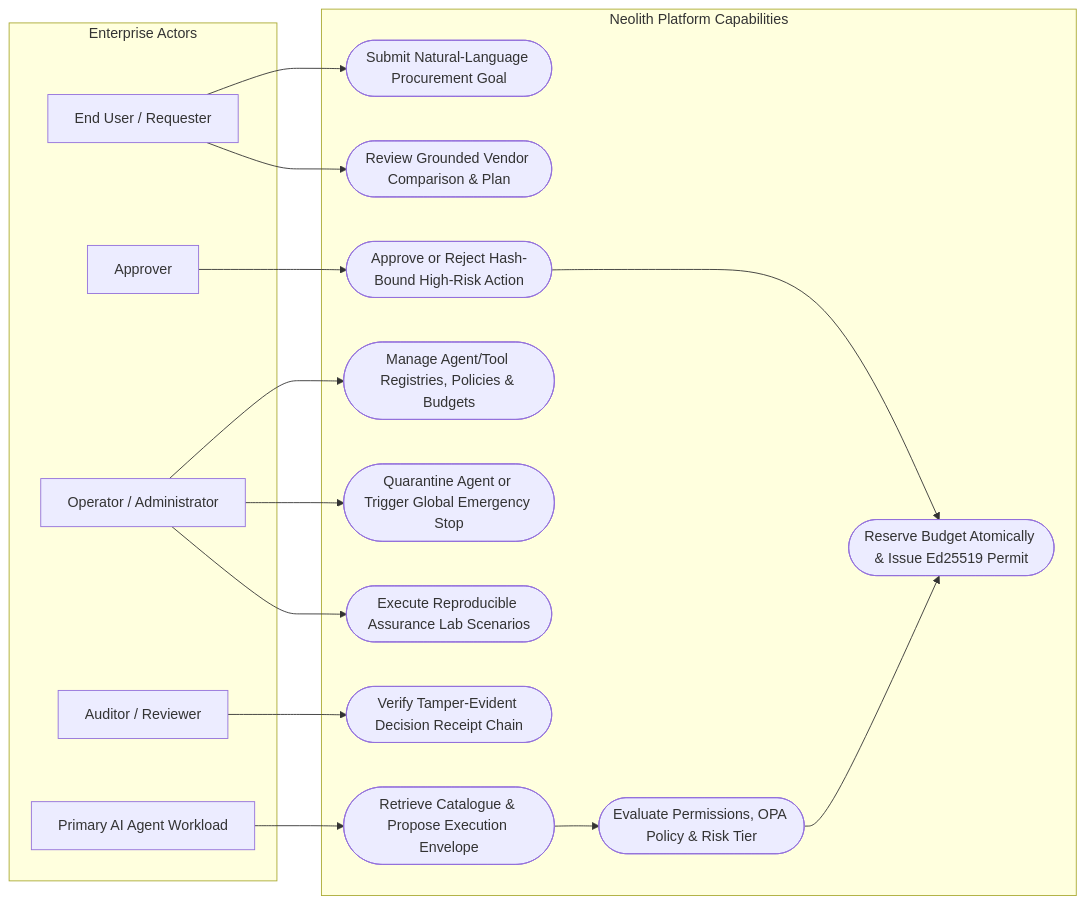
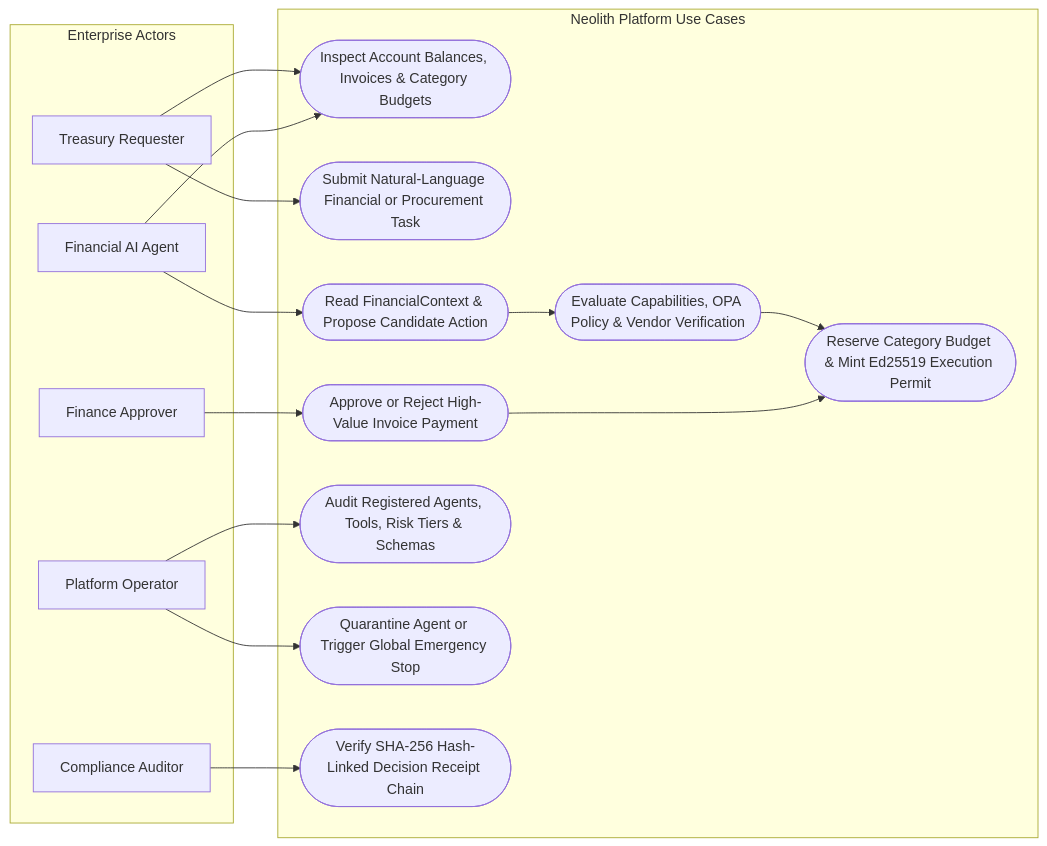
Before and after one commit to Dhruvg334/Neolith: the fourth of 4 diagrams in README.md, drawn with Mermaid. The commit also changed other lines of this file and 39 other files, not shown here.

````diff
--- a/README.md
+++ b/README.md
@@ -107,35 +177,34 @@
 ```mermaid
 flowchart LR
     subgraph Actors["Enterprise Actors"]
-        Req["End User / Requester"]
-        App["Approver"]
-        Op["Operator / Administrator"]
-        Aud["Auditor / Reviewer"]
-        Ag["Primary AI Agent Workload"]
+        Req["Treasury Requester"]
+        App["Finance Approver"]
+        Op["Platform Operator"]
+        Aud["Compliance Auditor"]
+        Ag["Financial AI Agent"]
     end
 
-    subgraph UseCases["Neolith Platform Capabilities"]
-        UC1(["Submit Natural-Language Procurement Goal"])
-        UC2(["Review Grounded Vendor Comparison & Plan"])
-        UC3(["Retrieve Catalogue & Propose Execution Envelope"])
-        UC4(["Evaluate Permissions, OPA Policy & Risk Tier"])
-        UC5(["Reserve Budget Atomically & Issue Ed25519 Permit"])
-        UC6(["Approve or Reject Hash-Bound High-Risk Action"])
-        UC7(["Manage Agent/Tool Registries, Policies & Budgets"])
+    subgraph UseCases["Neolith Platform Use Cases"]
+        UC1(["Inspect Account Balances, Invoices & Category Budgets"])
+        UC2(["Submit Natural-Language Financial or Procurement Task"])
+        UC3(["Read FinancialContext & Propose Candidate Action"])
+        UC4(["Evaluate Capabilities, OPA Policy & Vendor Verification"])
+        UC5(["Reserve Category Budget & Mint Ed25519 Execution Permit"])
+        UC6(["Approve or Reject High-Value Invoice Payment"])
+        UC7(["Audit Registered Agents, Tools, Risk Tiers & Schemas"])
         UC8(["Quarantine Agent or Trigger Global Emergency Stop"])
-        UC9(["Verify Tamper-Evident Decision Receipt Chain"])
-        UC10(["Execute Reproducible Assurance Lab Scenarios"])
+        UC9(["Verify SHA-256 Hash-Linked Decision Receipt Chain"])
     end
 
     Req --> UC1
     Req --> UC2
+    Ag --> UC1
     Ag --> UC3
     UC3 --> UC4
     UC4 --> UC5
     App --> UC6
     UC6 --> UC5
     Op --> UC7
     Op --> UC8
-    Op --> UC10
     Aud --> UC9
 ```
````
